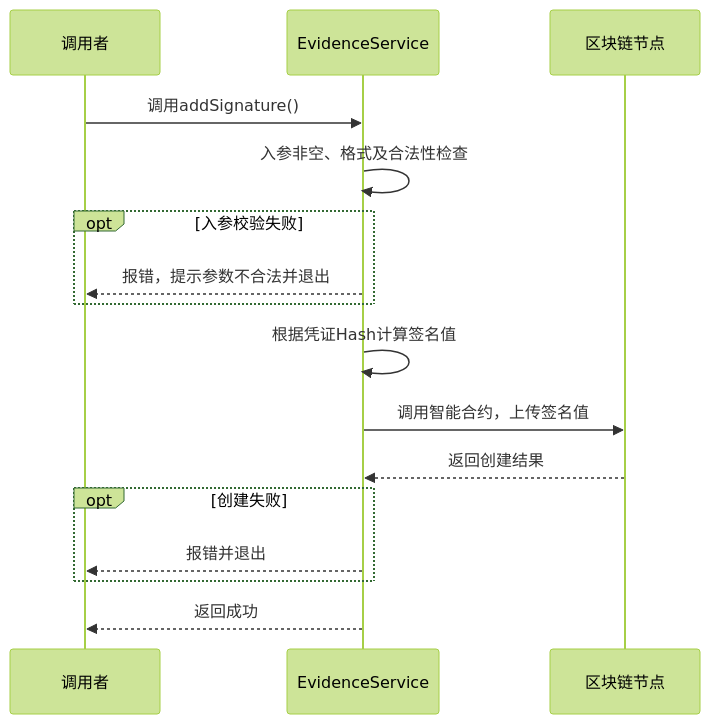
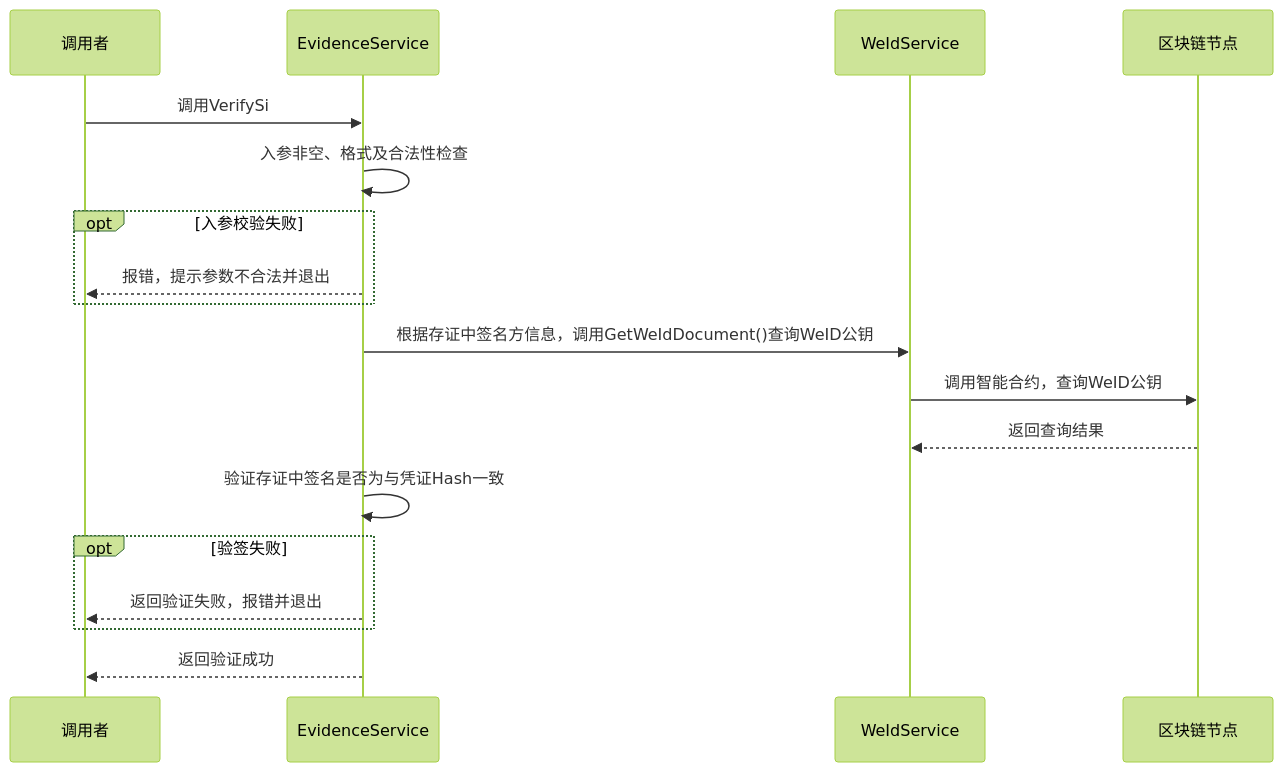
One commit to WeBankBlockchain/WeIdentity changed diagram 28 of 46 in docs/zh_CN/docs/weidentity-java-sdk-doc.rst. Above: the diagram before and after it, drawn with Mermaid (forest theme). The commit also changed other lines of this file and 18 other files, not shown here.

```diff
--- a/docs/zh_CN/docs/weidentity-java-sdk-doc.rst
+++ b/docs/zh_CN/docs/weidentity-java-sdk-doc.rst
@@ -8587,18 +8404,20 @@
 .. mermaid::
 
    sequenceDiagram
    participant 调用者
    participant EvidenceService
+   participant WeIdService
    participant 区块链节点
-   调用者->>EvidenceService: 调用addSignature()
+   调用者->>EvidenceService: 调用VerifySi
    EvidenceService->>EvidenceService: 入参非空、格式及合法性检查
    opt 入参校验失败
    EvidenceService-->>调用者: 报错，提示参数不合法并退出
    end
-   EvidenceService->>EvidenceService: 根据凭证Hash计算签名值
-   EvidenceService->>区块链节点: 调用智能合约，上传签名值
-   区块链节点-->>EvidenceService: 返回创建结果
-   opt 创建失败
-   EvidenceService-->>调用者: 报错并退出
+   EvidenceService->>WeIdService: 根据存证中签名方信息，调用GetWeIdDocument()查询WeID公钥
+   WeIdService->>区块链节点: 调用智能合约，查询WeID公钥
+   区块链节点-->>WeIdService: 返回查询结果
+   EvidenceService->>EvidenceService: 验证存证中签名是否为与凭证Hash一致
+   opt 验签失败
+   EvidenceService-->>调用者: 返回验证失败，报错并退出
    end
-   EvidenceService-->>调用者: 返回成功
+   EvidenceService-->>调用者: 返回验证成功
```
